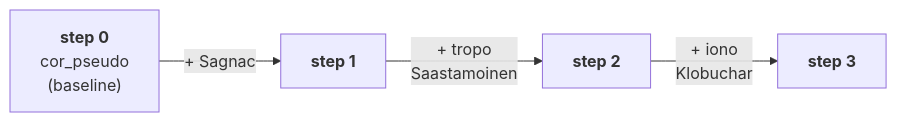
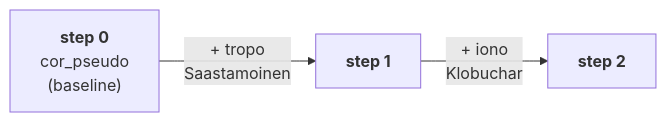
One commit to sing456123/FYP changed the first of 11 diagrams in README.md. Above: the diagram before and after it, drawn with Mermaid. The commit also changed other lines of this file and 9 other files, not shown here.

````diff
--- a/README.md
+++ b/README.md
@@ -18,6 +18,5 @@
 ```mermaid
 flowchart LR
-    S0["<b>step 0</b><br/>cor_pseudo<br/>(baseline)"] -->|"+ Sagnac"| S1["<b>step 1</b>"]
-    S1 -->|"+ tropo<br/>Saastamoinen"| S2["<b>step 2</b>"]
-    S2 -->|"+ iono<br/>Klobuchar"| S3["<b>step 3</b>"]
+    S0["<b>step 0</b><br/>cor_pseudo<br/>(baseline)"] -->|"+ tropo<br/>Saastamoinen"| S1["<b>step 1</b>"]
+    S1 -->|"+ iono<br/>Klobuchar"| S2["<b>step 2</b>"]
 ```
````
